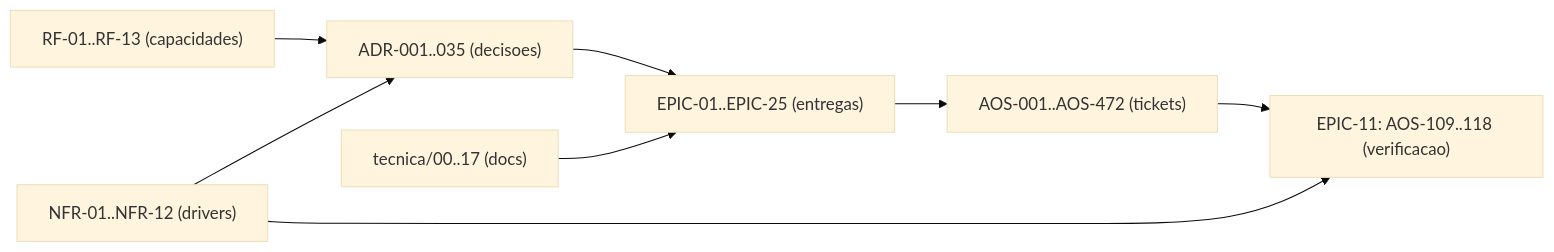
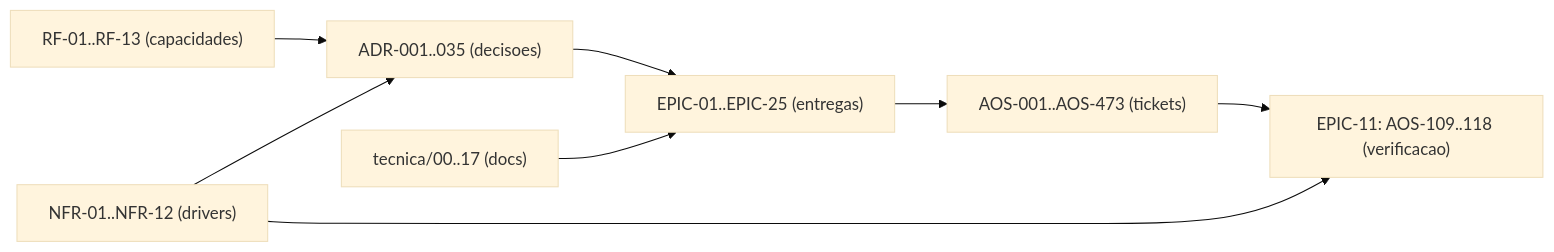
The diagram in tecnica/16_Rastreabilidade_RTM.md (albinoJimy/aos), drawn with Mermaid (base theme) before and after one commit. The commit also changed other lines of this file and 3 other files, not shown here.

````diff
--- a/tecnica/16_Rastreabilidade_RTM.md
+++ b/tecnica/16_Rastreabilidade_RTM.md
@@ -201,10 +202,10 @@
 ```mermaid
 flowchart LR
     RF["RF-01..RF-13 (capacidades)"] --> ADR["ADR-001..035 (decisoes)"]
     NFR["NFR-01..NFR-12 (drivers)"] --> ADR
     ADR --> EPIC["EPIC-01..EPIC-25 (entregas)"]
-    EPIC --> TICK["AOS-001..AOS-472 (tickets)"]
+    EPIC --> TICK["AOS-001..AOS-473 (tickets)"]
     DOC["tecnica/00..17 (docs)"] --> EPIC
     TICK --> TEST["EPIC-11: AOS-109..118 (verificacao)"]
     NFR --> TEST
 ```
````
